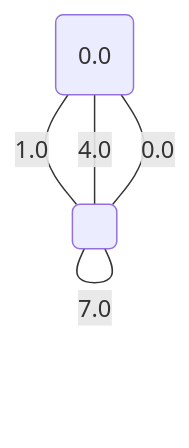
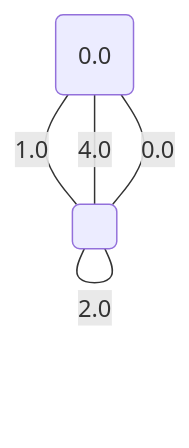
One commit to metury/graphs changed diagram 17 of 17 in project/src/testing/minCutPetersen.md. Above: the diagram before and after it, drawn with Mermaid. The commit also changed other lines of this file and 2 other files, not shown here.

````diff
--- a/project/src/testing/minCutPetersen.md
+++ b/project/src/testing/minCutPetersen.md
@@ -410,11 +406,9 @@
 ```mermaid
 graph TD;
 0("0.0");
 1(" ");
 	1 -- "0.0" --- 0;
 	0 -- "1.0" --- 1;
-	1 -- "3.0" --- 1;
+	1 -- "2.0" --- 1;
 	0 -- "4.0" --- 1;
-	1 -- "5.0" --- 1;
-	1 -- "7.0" --- 1;
 ```
````
